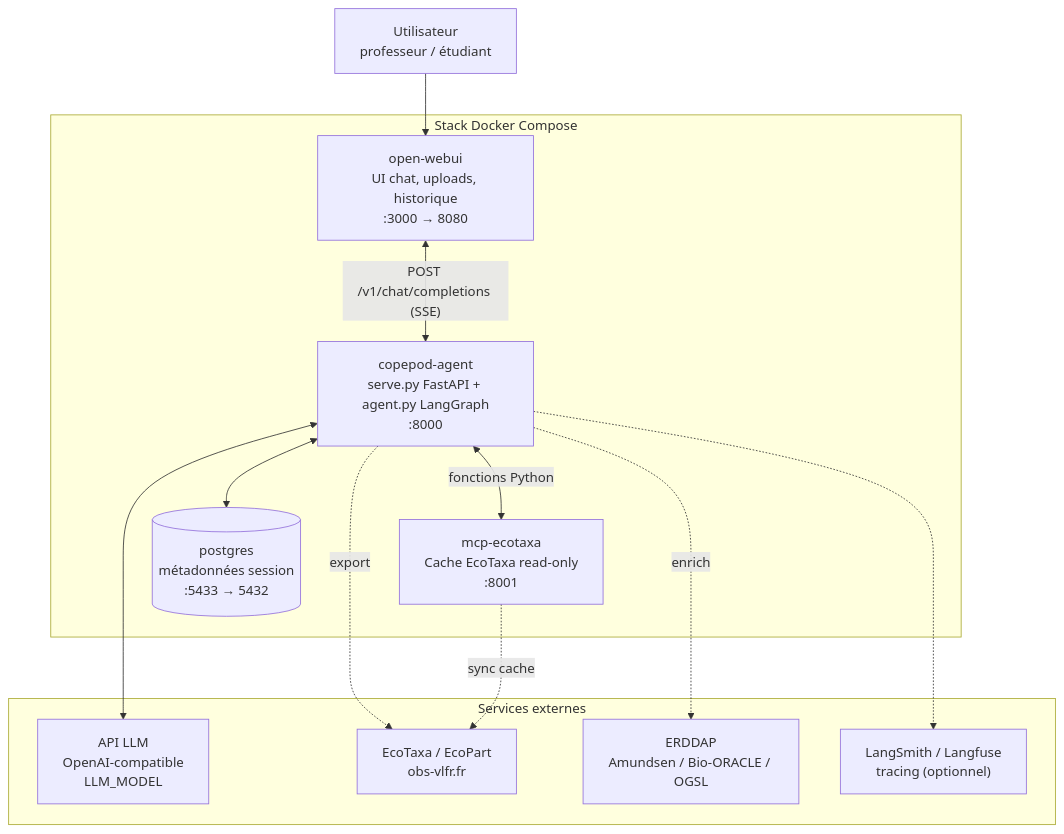
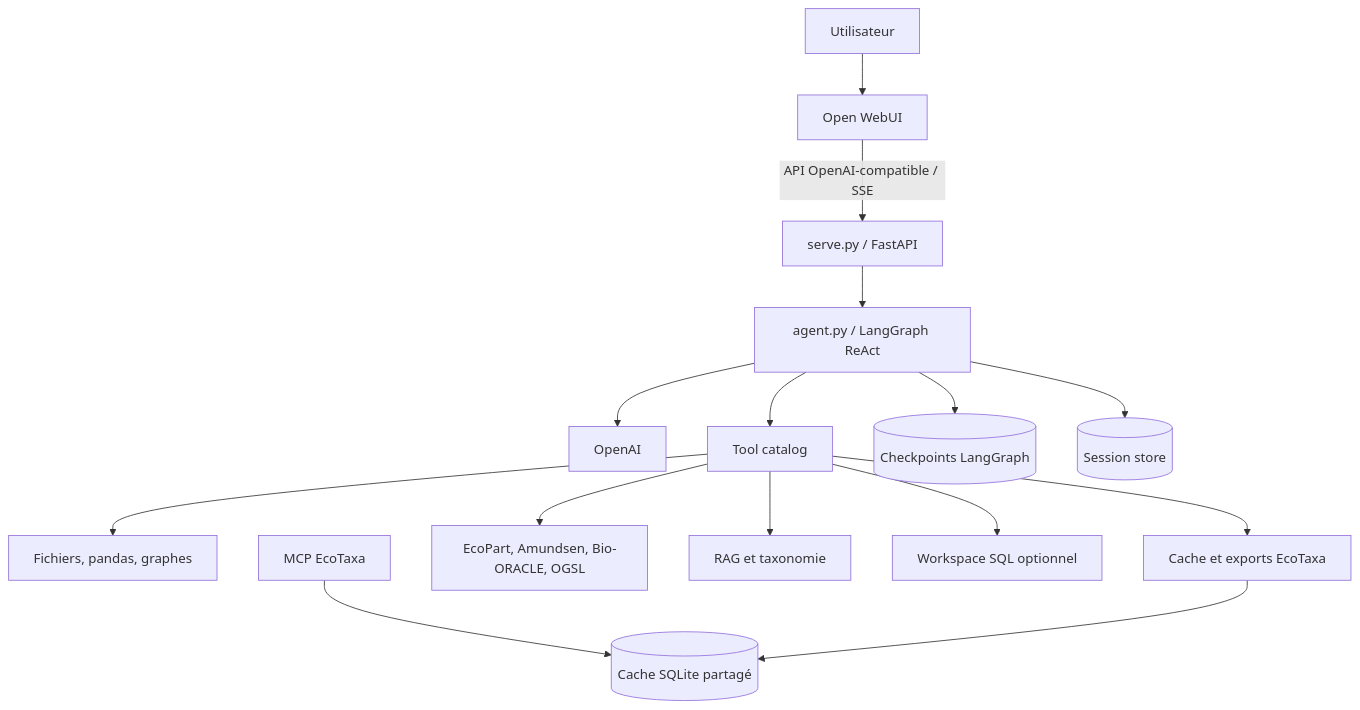
Before and after one commit to TidianeCisse777/IDEA: the first of 3 diagrams in ARCHITECTURE.md, drawn with Mermaid. The commit also changed other lines of this file and 51 other files, not shown here.

````diff
--- a/ARCHITECTURE.md
+++ b/ARCHITECTURE.md
@@ -15,28 +9,17 @@
 ```mermaid
 flowchart TB
-    User[Utilisateur<br/>professeur / étudiant]
-
-    subgraph Stack["Stack Docker Compose"]
-        OW["open-webui<br/>UI chat, uploads, historique<br/>:3000 → 8080"]
-        AGENT["copepod-agent<br/>serve.py FastAPI + agent.py LangGraph<br/>:8000"]
-        MCP["mcp-ecotaxa<br/>Cache EcoTaxa read-only<br/>:8001"]
-        PG[("postgres<br/>métadonnées session<br/>:5433 → 5432")]
-    end
-
-    subgraph Externe["Services externes"]
-        LLM["API LLM<br/>OpenAI-compatible<br/>LLM_MODEL"]
-        ECOTAXA["EcoTaxa / EcoPart<br/>obs-vlfr.fr"]
-        ERDDAP["ERDDAP<br/>Amundsen / Bio-ORACLE / OGSL"]
-        LS["LangSmith / Langfuse<br/>tracing (optionnel)"]
-    end
-
-    User --> OW
-    OW <-->|"POST /v1/chat/completions (SSE)"| AGENT
-    AGENT <--> LLM
-    AGENT <-->|"fonctions Python"| MCP
-    AGENT <--> PG
-    AGENT -.->|export| ECOTAXA
-    AGENT -.->|enrich| ERDDAP
-    MCP -.->|sync cache| ECOTAXA
-    AGENT -.-> LS
+    U["Utilisateur"] --> OW["Open WebUI"]
+    OW -->|"API OpenAI-compatible / SSE"| API["serve.py / FastAPI"]
+    API --> AG["agent.py / LangGraph ReAct"]
+    AG --> LLM["OpenAI"]
+    AG --> CAT["Tool catalog"]
+    AG --> CKPT[("Checkpoints LangGraph")]
+    AG --> STORE[("Session store")]
+    CAT --> FILES["Fichiers, pandas, graphes"]
+    CAT --> ECO["Cache et exports EcoTaxa"]
+    CAT --> ENRICH["EcoPart, Amundsen, Bio-ORACLE, OGSL"]
+    CAT --> KNOW["RAG et taxonomie"]
+    CAT --> SQL["Workspace SQL optionnel"]
+    MCP["MCP EcoTaxa"] --> CACHE[("Cache SQLite partagé")]
+    ECO --> CACHE
 ```
````
